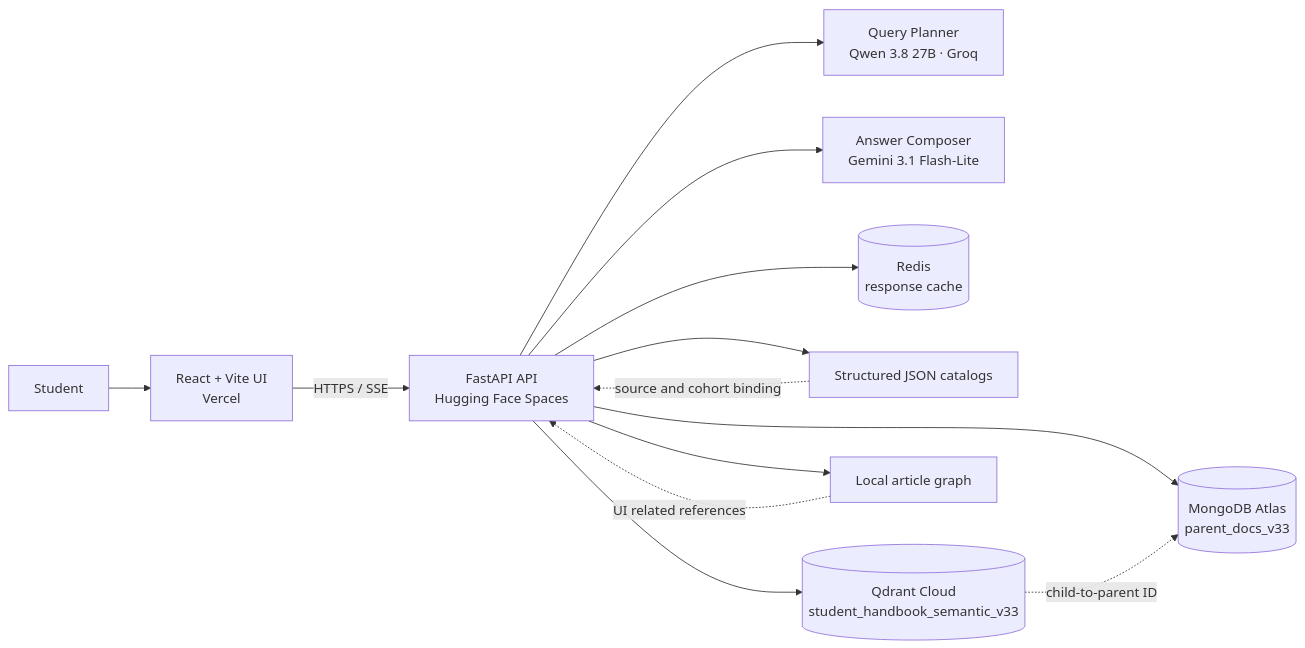
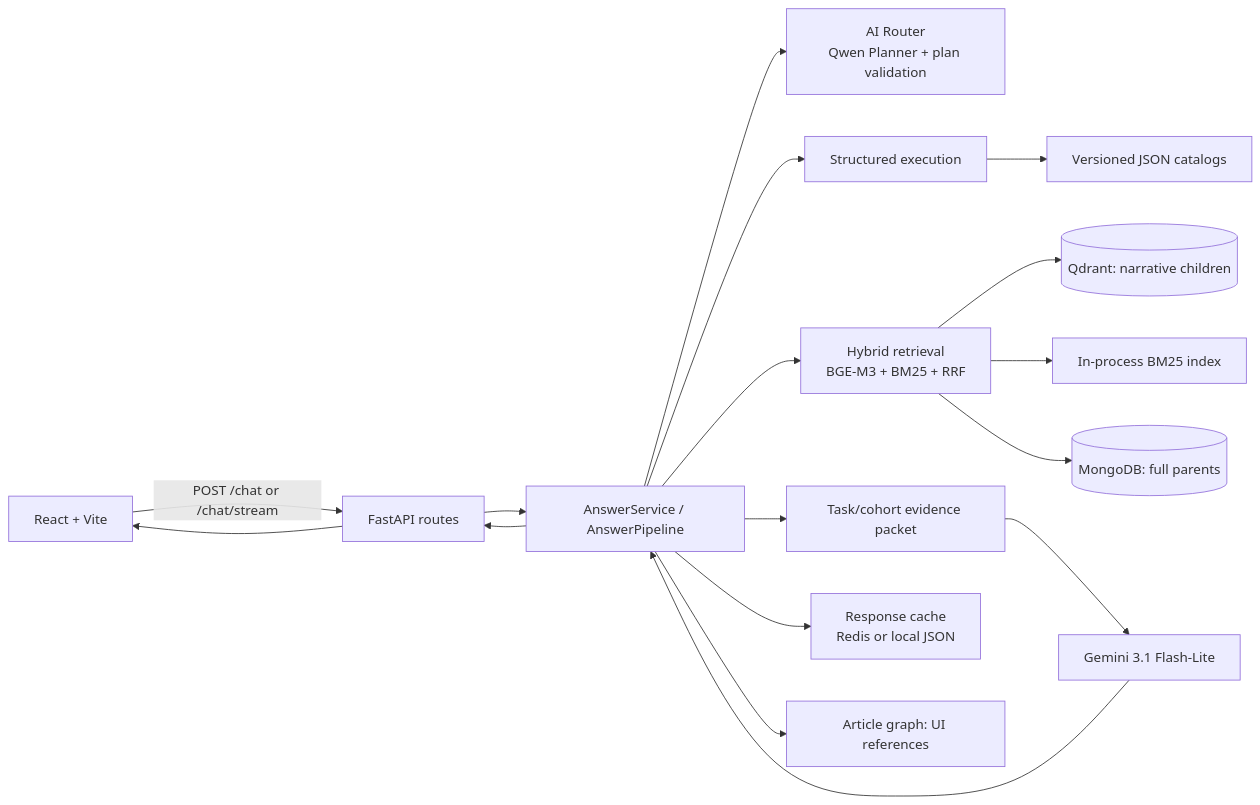
One commit to AnhPhiNe/student-handbook-rag-chatbot changed the first of 3 diagrams in README.md. Above: the diagram before and after it, drawn with Mermaid. The commit also changed other lines of this file, not shown here.

````diff
--- a/README.md
+++ b/README.md
@@ -86,18 +89,19 @@
 ```mermaid
 flowchart LR
-    Student["Student"] --> UI["React + Vite UI<br/>Vercel"]
-    UI -->|"HTTPS / SSE"| API["FastAPI API<br/>Hugging Face Spaces"]
-
-    API --> Planner["Query Planner<br/>Qwen 3.8 27B · Groq"]
-    API --> Composer["Answer Composer<br/>Gemini 3.1 Flash-Lite"]
-    API --> Cache[("Redis<br/>response cache")]
-
-    API --> Structured["Structured JSON catalogs"]
-    API --> Qdrant[("Qdrant Cloud<br/>student_handbook_semantic_v33")]
-    API --> Mongo[("MongoDB Atlas<br/>parent_docs_v33")]
-    API --> Graph["Local article graph"]
-
-    Qdrant -. child-to-parent ID .-> Mongo
-    Structured -. source and cohort binding .-> API
-    Graph -. UI related references .-> API
+    UI["React + Vite"] -->|"POST /chat or /chat/stream"| API["FastAPI routes"]
+    API --> Service["AnswerService / AnswerPipeline"]
+    Service --> Router["AI Router<br/>Qwen Planner + plan validation"]
+    Service --> Lookup["Structured execution"]
+    Lookup --> JSON["Versioned JSON catalogs"]
+    Service --> Retrieval["Hybrid retrieval<br/>BGE-M3 + BM25 + RRF"]
+    Retrieval --> Qdrant[("Qdrant: narrative children")]
+    Retrieval --> BM25["In-process BM25 index"]
+    Retrieval --> Mongo[("MongoDB: full parents")]
+    Service --> Packet["Task/cohort evidence packet"]
+    Packet --> Composer["Gemini 3.1 Flash-Lite"]
+    Service --> Cache["Response cache<br/>Redis or local JSON"]
+    Service --> Graph["Article graph: UI references"]
+    Composer --> Service
+    Service --> API
+    API --> UI
 ```
````
